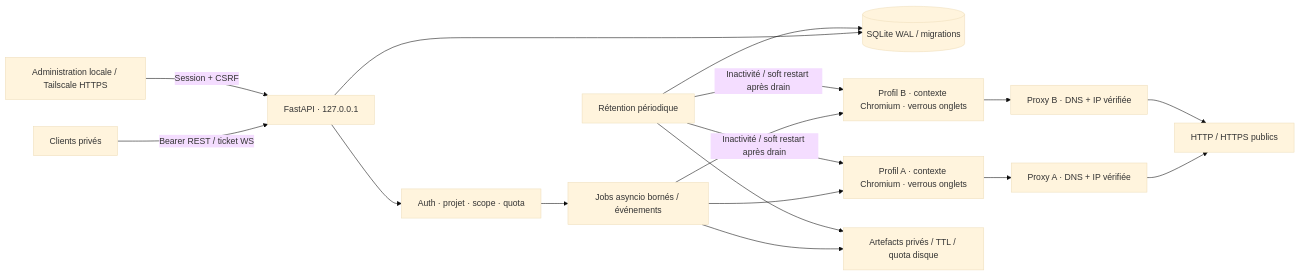
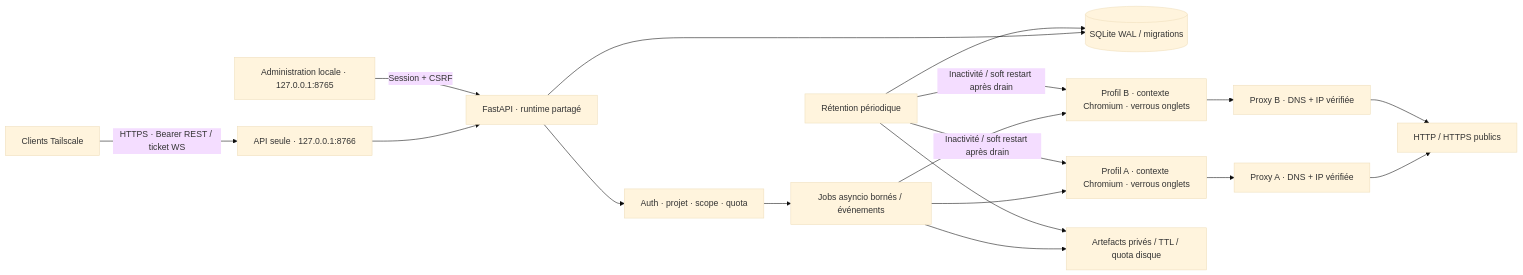
One commit to tmcuh1982/PageQuay changed the diagram in docs/ARCHITECTURE.md. Above: the diagram before and after it, drawn with Mermaid (base theme). The commit also changed other lines of this file and 46 other files, not shown here.

````diff
--- a/docs/ARCHITECTURE.md
+++ b/docs/ARCHITECTURE.md
@@ -3,19 +3,20 @@
 ```mermaid
 flowchart LR
-    Client[Clients privés] -->|Bearer REST / ticket WS| API[FastAPI · 127.0.0.1]
-    Admin[Administration locale / Tailscale HTTPS] -->|Session + CSRF| API
+    Client[Clients Tailscale] -->|HTTPS · Bearer REST / ticket WS| Public[API seule · 127.0.0.1:8766]
+    Public --> API[FastAPI · runtime partagé]
+    Admin[Administration locale · 127.0.0.1:8765] -->|Session + CSRF| API
     API --> Auth[Auth · projet · scope · quota]
     Auth --> Jobs[Jobs asyncio bornés / événements]
     API --> DB[(SQLite WAL / migrations)]
     Jobs --> A[Profil A · contexte Chromium · verrous onglets]
     Jobs --> B[Profil B · contexte Chromium · verrous onglets]
     A --> PA[Proxy A · DNS + IP vérifiée]
     B --> PB[Proxy B · DNS + IP vérifiée]
     PA --> Web[HTTP / HTTPS publics]
     PB --> Web
     Jobs --> Art[Artefacts privés / TTL / quota disque]
     Ret[Rétention périodique] --> Art
     Ret --> DB
     Ret -->|Inactivité / soft restart après drain| A
     Ret -->|Inactivité / soft restart après drain| B
 ```
````
